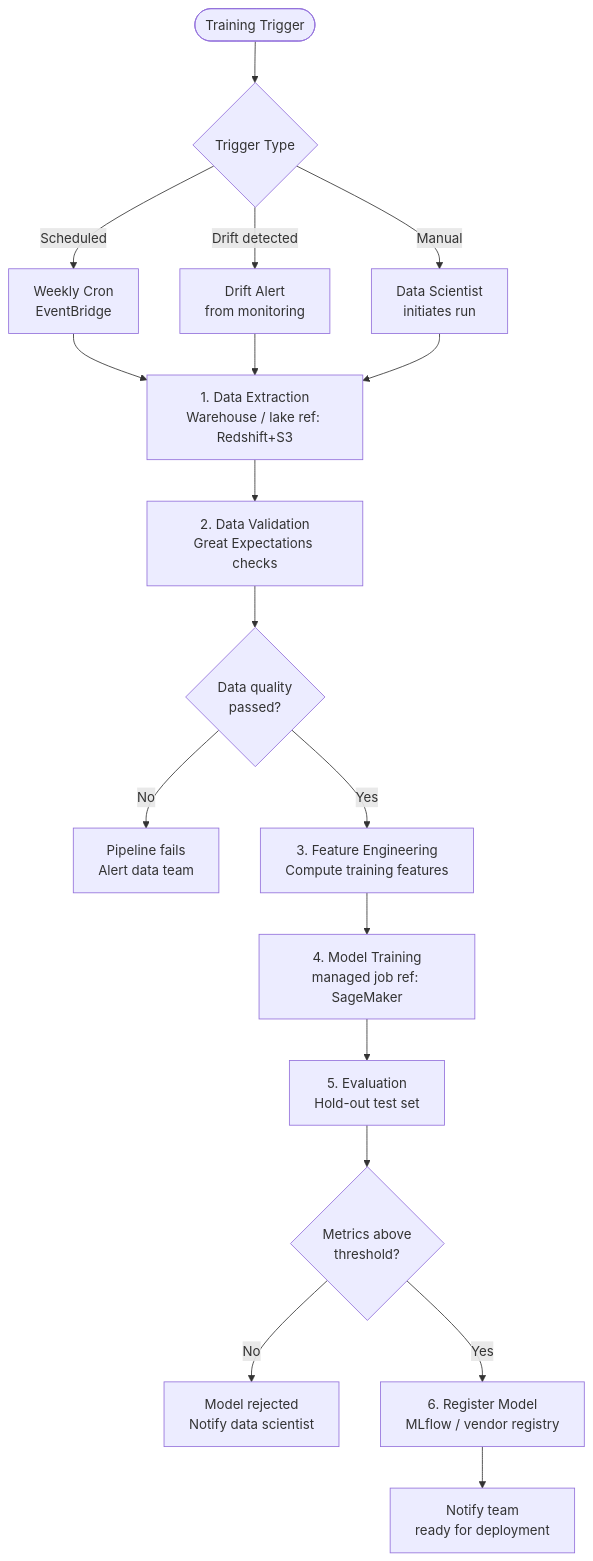
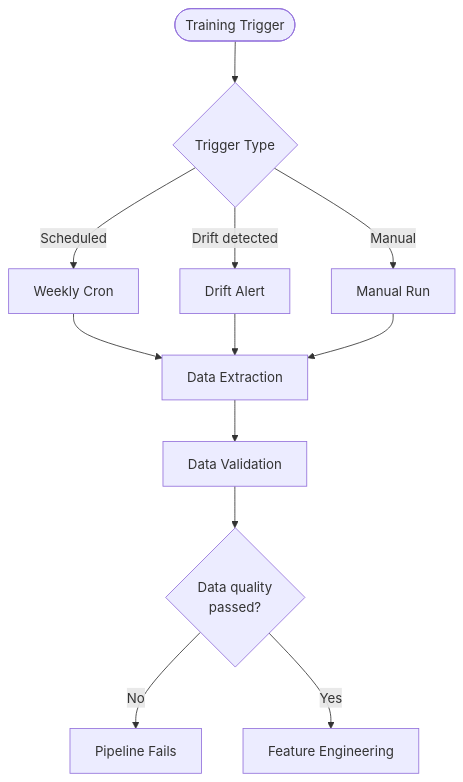
The seventh of 9 diagrams in 10-ai-ml-platform/01-ml-platform.md (rishikeshdhokare/platform-manifesto), drawn with Mermaid before and after one commit. The commit also changed other lines of this file and 14 other files, not shown here.

````diff
--- a/10-ai-ml-platform/01-ml-platform.md
+++ b/10-ai-ml-platform/01-ml-platform.md
@@ -298,27 +318,18 @@
 ```mermaid
 flowchart TD
-    Trigger([Training Trigger]) --> Type{Trigger Type}
+    Trigger(["Training Trigger"]) --> Type{"Trigger Type"}
 
-    Type -->|Scheduled| Weekly[Weekly Cron<br/>EventBridge]
-    Type -->|Drift detected| DriftAlert[Drift Alert<br/>from monitoring]
-    Type -->|Manual| Manual[Data Scientist<br/>initiates run]
+    Type -->|Scheduled| Weekly["Weekly Cron"]
+    Type -->|"Drift detected"| DriftAlert["Drift Alert"]
+    Type -->|Manual| Manual["Manual Run"]
 
     Weekly --> Extract
     DriftAlert --> Extract
     Manual --> Extract
 
-    Extract[1. Data Extraction<br/>Warehouse / lake ref: Redshift+S3] --> Validate[2. Data Validation<br/>Great Expectations checks]
-    Validate --> QualityGate{Data quality<br/>passed?}
+    Extract["Data Extraction"] --> Validate["Data Validation"]
+    Validate --> QualityGate{"Data quality<br/>passed?"}
 
-    QualityGate -->|No| Fail[Pipeline fails<br/>Alert data team]
-    QualityGate -->|Yes| FeatEng[3. Feature Engineering<br/>Compute training features]
-
-    FeatEng --> Train[4. Model Training<br/>managed job ref: SageMaker]
-    Train --> Evaluate[5. Evaluation<br/>Hold-out test set]
-    Evaluate --> MetricGate{Metrics above<br/>threshold?}
-
-    MetricGate -->|No| Reject[Model rejected<br/>Notify data scientist]
-    MetricGate -->|Yes| Register[6. Register Model<br/>MLflow / vendor registry]
-    Register --> Notify[Notify team<br/>ready for deployment]
-
+    QualityGate -->|No| Fail["Pipeline Fails"]
+    QualityGate -->|Yes| FeatEng["Feature Engineering"]
 ```
````
